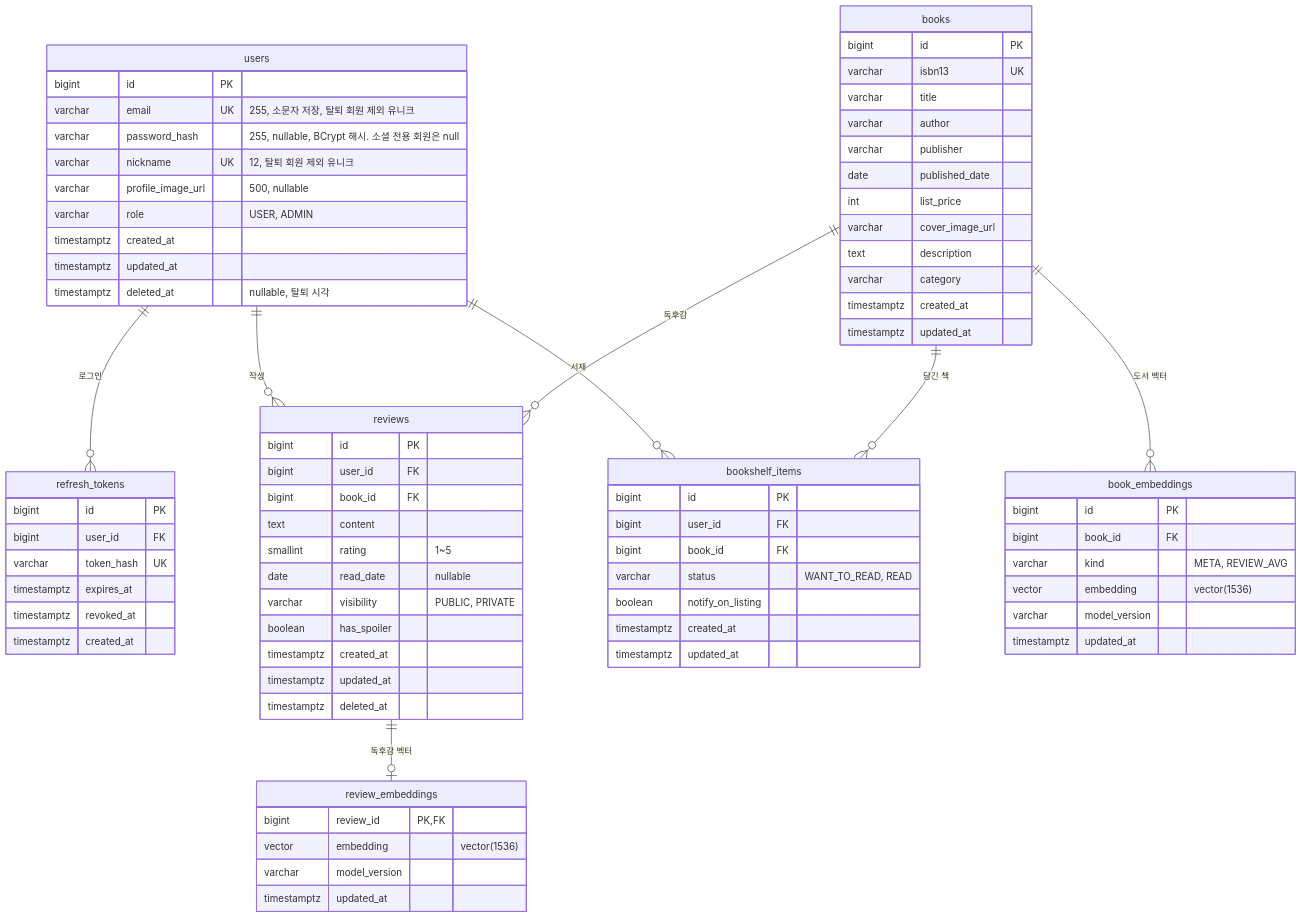
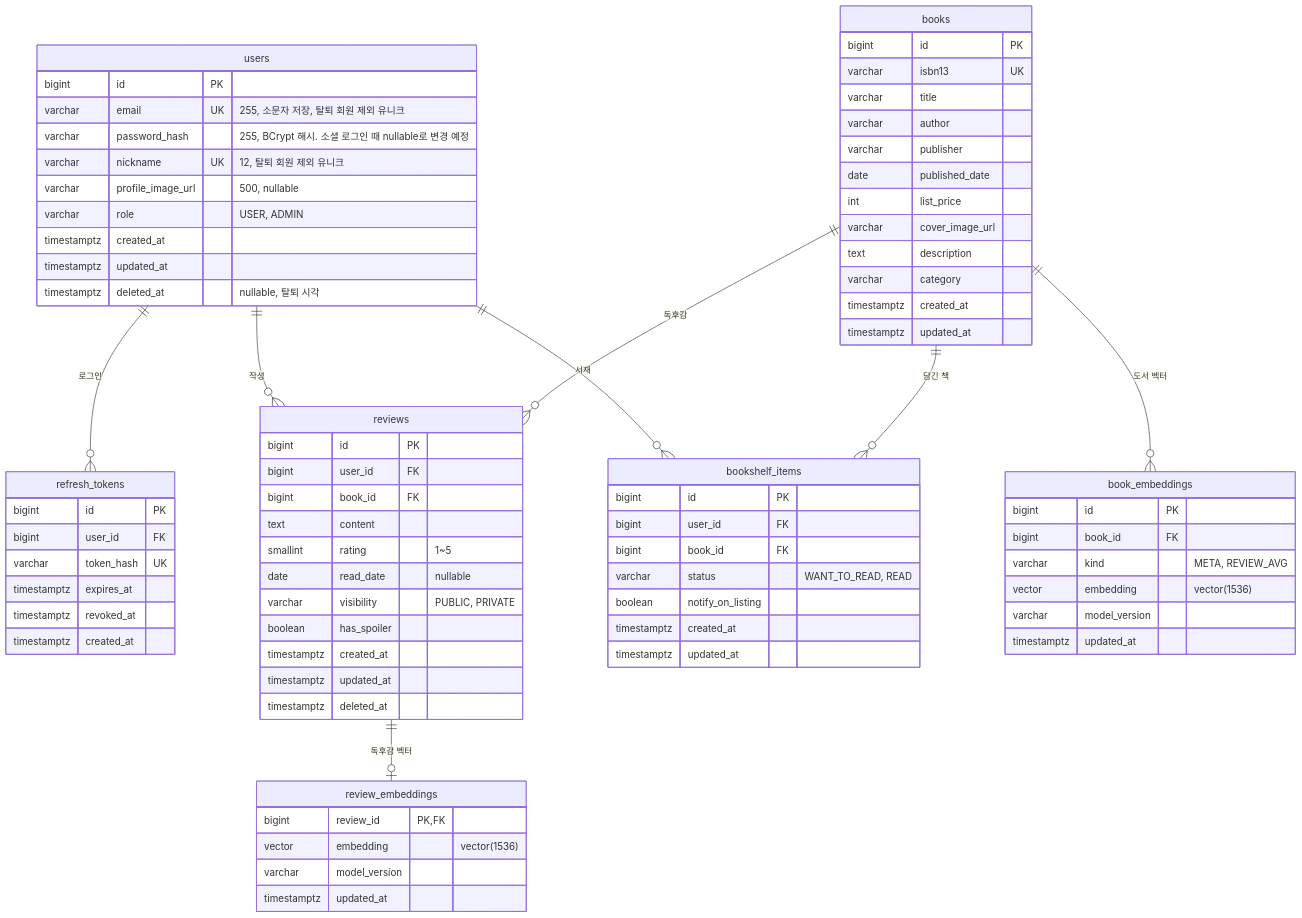
One commit to Obebe-creator/DooDok-demo changed the first of 2 diagrams in docs/04-erd.md. Above: the diagram before and after it, drawn with Mermaid. The commit also changed other lines of this file and 2 other files, not shown here.

```diff
--- a/docs/04-erd.md
+++ b/docs/04-erd.md
@@ -35,7 +35,7 @@
     users {
         bigint id PK
         varchar email UK "255, 소문자 저장, 탈퇴 회원 제외 유니크"
-        varchar password_hash "255, nullable, BCrypt 해시. 소셜 전용 회원은 null"
+        varchar password_hash "255, BCrypt 해시. 소셜 로그인 때 nullable로 변경 예정"
         varchar nickname UK "12, 탈퇴 회원 제외 유니크"
         varchar profile_image_url "500, nullable"
         varchar role "USER, ADMIN"
```
